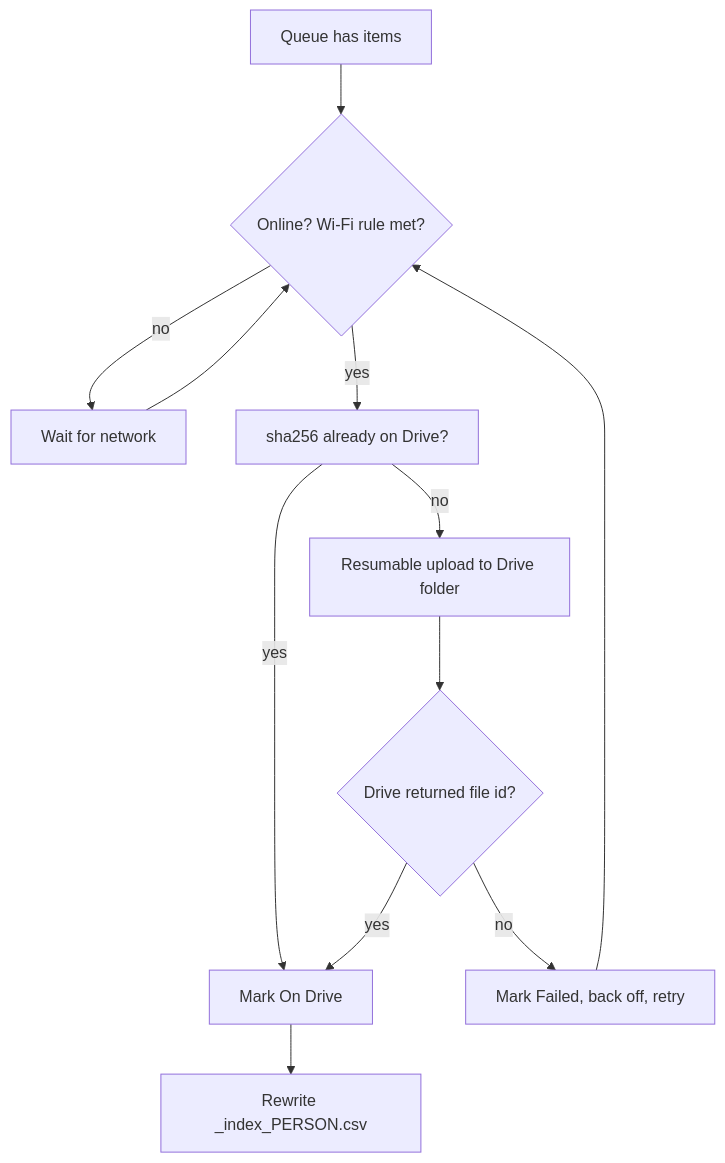
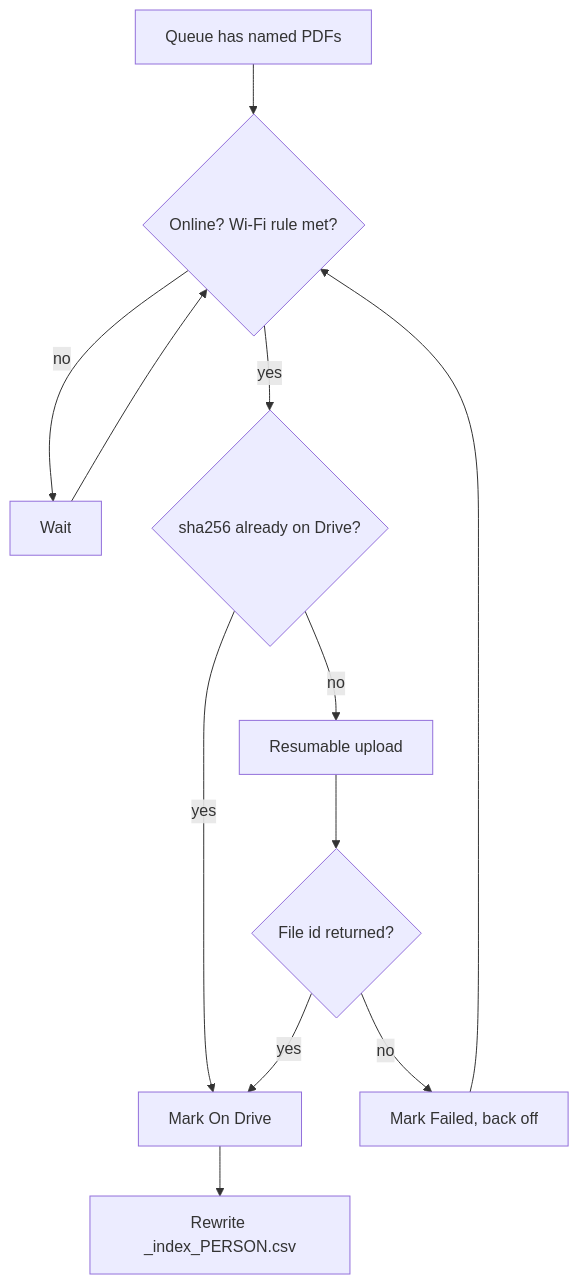
One commit to rahulbalaraddi-analytics/app-lab changed the fourth of 5 diagrams in docsnap/docs/04-Flowcharts.md. Above: the diagram before and after it, drawn with Mermaid. The commit also changed other lines of this file and 5 other files, not shown here.

First line of the commit message:
docs(docsnap): single/multi-page modes, 5-page checkpoints, name lock, Drive folder link, HD quality

````diff
--- a/docsnap/docs/04-Flowcharts.md
+++ b/docsnap/docs/04-Flowcharts.md
@@ -28,12 +51,11 @@
 ```mermaid
 flowchart TD
-  A[Queue has items] --> B{Online? Wi-Fi rule met?}
-  B -- no --> W[Wait for network] --> B
-  B -- yes --> C[sha256 already on Drive?]
+  A[Queue has named PDFs] --> B{Online? Wi-Fi rule met?}
+  B -- no --> W[Wait] --> B
+  B -- yes --> C{sha256 already on Drive?}
   C -- yes --> D[Mark On Drive]
-  C -- no --> E[Resumable upload to Drive folder]
-  E --> F{Drive returned file id?}
+  C -- no --> E[Resumable upload]
+  E --> F{File id returned?}
   F -- yes --> D --> G[Rewrite _index_PERSON.csv]
-  F -- no --> H[Mark Failed, back off, retry]
-  H --> B
+  F -- no --> H[Mark Failed, back off] --> B
 ```
````
